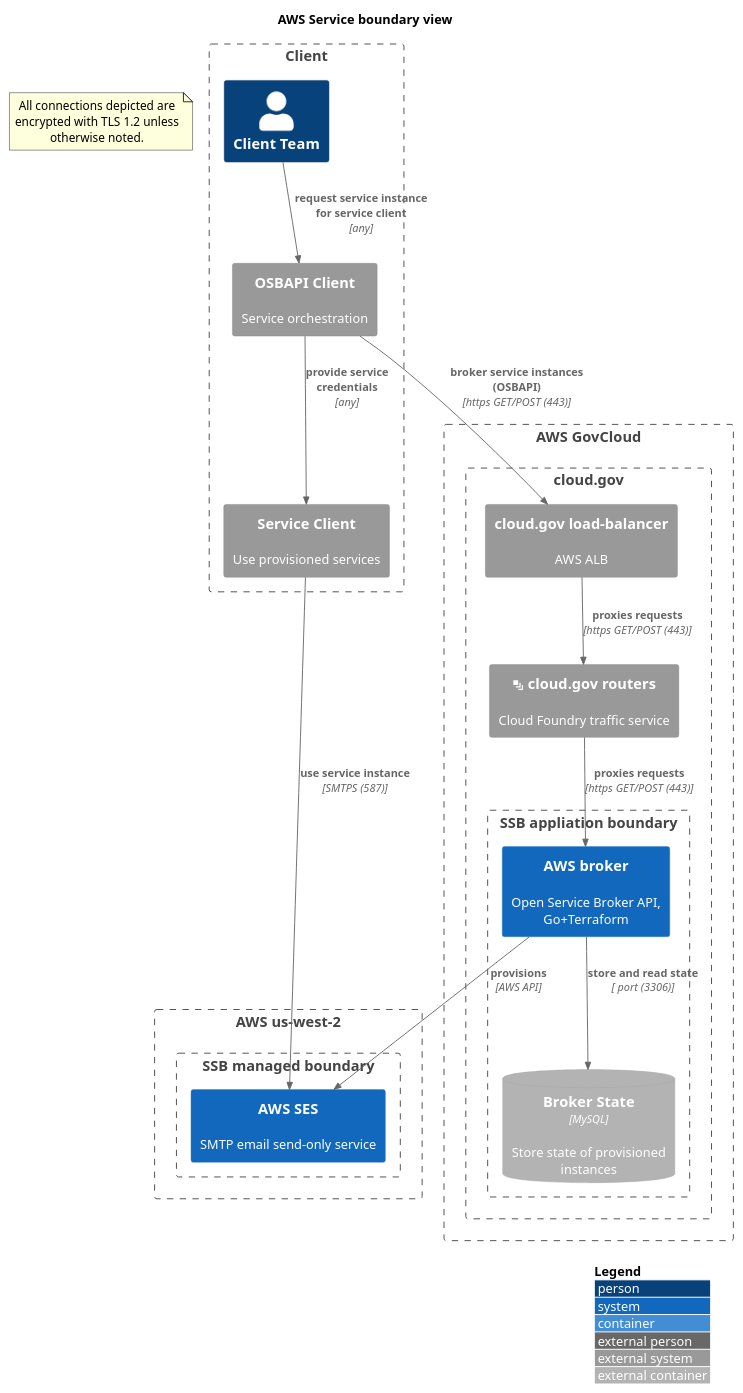
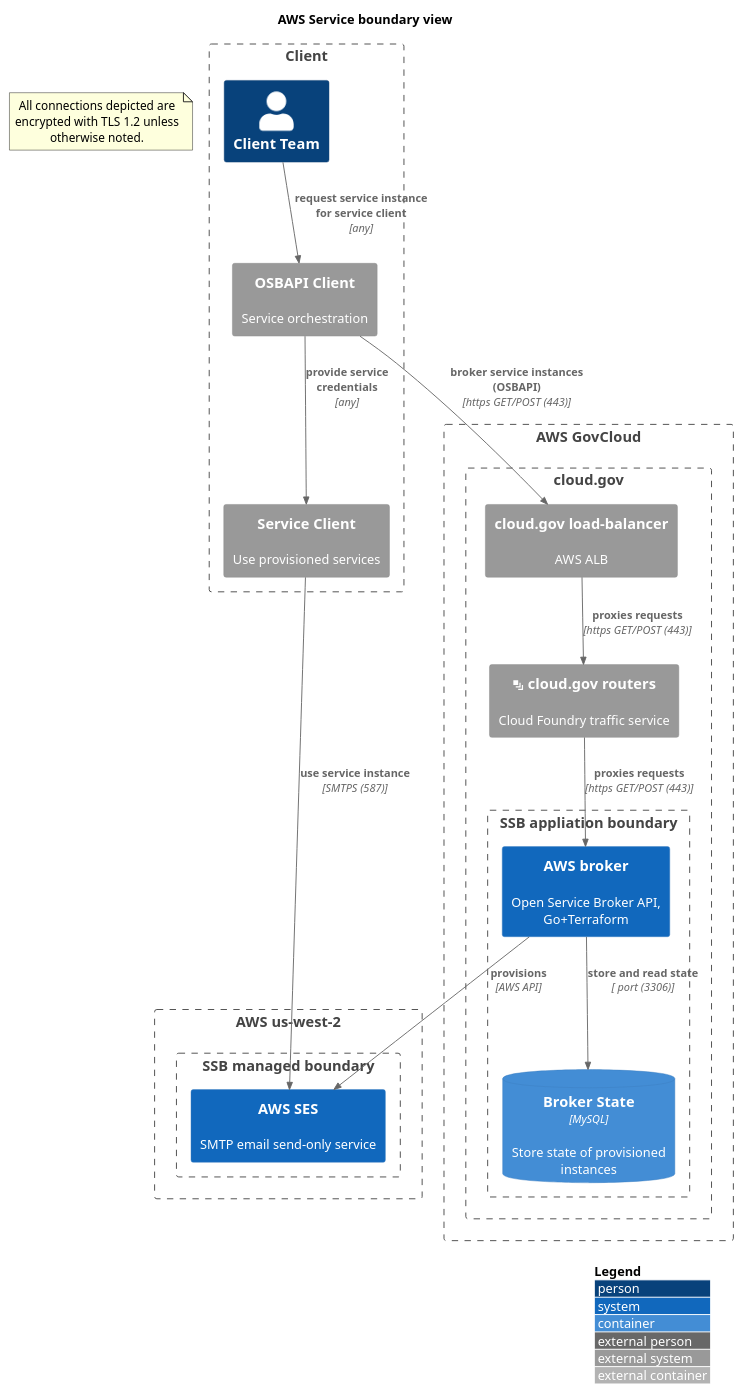
The diagram in aws-service.md (GSA/datagov-compliance), drawn with PlantUML before and after one commit. The commit also changed 3 other files, not shown here.

```diff
--- a/aws-service.md
+++ b/aws-service.md
@@ -1,38 +1,38 @@
 @startuml
 !include https://raw.githubusercontent.com/plantuml-stdlib/C4-PlantUML/master/C4_Container.puml
 ' uncomment the following line and comment the first to use locally
 ' !include C4_Container.puml
 LAYOUT_WITH_LEGEND()
 title AWS Service boundary view
 Boundary(client, "Client") {
   Person(client_team, "Client Team")
   System_Ext(osbapi_client, "OSBAPI Client", "Service orchestration")
   System_Ext(service_client, "Service Client", "Use provisioned services")
   Rel(osbapi_client, service_client, "provide service credentials", "any")
   Rel(client_team, osbapi_client, "request service instance for service client", "any")
 }
 note as EncryptionNote
 All connections depicted are encrypted with TLS 1.2 unless otherwise noted.
 end note
 Boundary(aws, "AWS us-west-2") {
     Boundary(iaas, "SSB managed boundary") {
         System(aws_ses, "AWS SES", "SMTP email send-only service")
     }
 }
 Boundary(aws_govcloud, "AWS GovCloud") {
     Boundary(cloudgov, "cloud.gov") {
         System_Ext(aws_cg_alb, "cloud.gov load-balancer", "AWS ALB")
         System_Ext(cloudgov_router, "<&layers> cloud.gov routers", "Cloud Foundry traffic service")
         Boundary(atob, "SSB appliation boundary") {
             System(ssb_app, "AWS broker", "Open Service Broker API, Go+Terraform")
-	    ContainerDb_Ext(ssb_db, "Broker State", "MySQL", "Store state of provisioned instances")
+	    ContainerDb(ssb_db, "Broker State", "MySQL", "Store state of provisioned instances")
         }
     }
 }
 Rel(ssb_app, aws_ses, "provisions", "AWS API")
 Rel(osbapi_client, aws_cg_alb, "broker service instances (OSBAPI)", "https GET/POST (443)")
 Rel(aws_cg_alb, cloudgov_router, "proxies requests", "https GET/POST (443)")
 Rel(cloudgov_router, ssb_app, "proxies requests", "https GET/POST (443)")
 Rel(ssb_app, ssb_db, "store and read state", " port (3306)")
 Rel(service_client, aws_ses, "use service instance", "SMTPS (587)")
 @enduml
```
